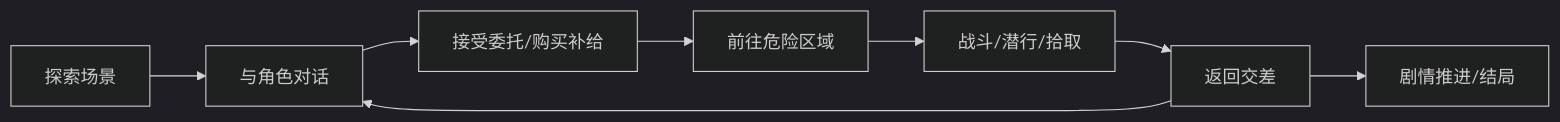
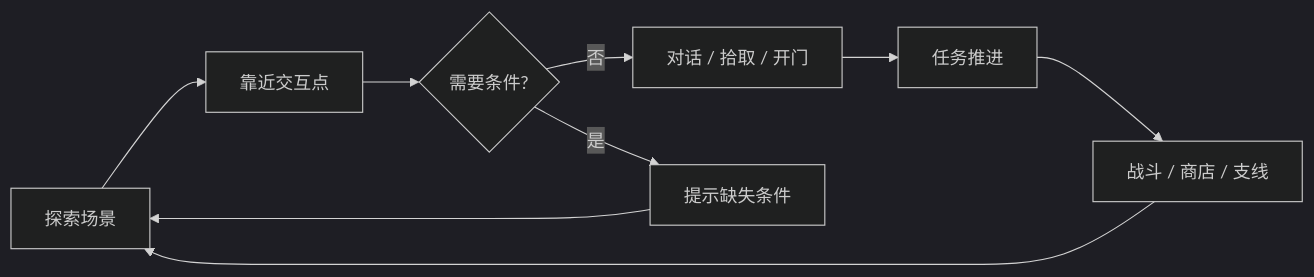
One commit to Baidy123/DSR_function_demo changed the diagram in Documents/Design_Gameplay.md. Above: the diagram before and after it, drawn with Mermaid (dark theme). The commit also changed other lines of this file and 12 other files, not shown here.

````diff
--- a/Documents/Design_Gameplay.md
+++ b/Documents/Design_Gameplay.md
@@ -19,10 +7,11 @@
 ```mermaid
 flowchart LR
-    A[探索场景] --> B[与角色对话]
-    B --> C[接受委托/购买补给]
-    C --> D[前往危险区域]
-    D --> E[战斗/潜行/拾取]
-    E --> F[返回交差]
-    F --> B
-    F --> G[剧情推进/结局]
+    A[探索场景] --> B[靠近交互点]
+    B --> C{需要条件?}
+    C -->|否| D[对话 / 拾取 / 开门]
+    C -->|是| E[提示缺失条件]
+    D --> F[任务推进]
+    E --> A
+    F --> G[战斗 / 商店 / 支线]
+    G --> A
 ```
````
